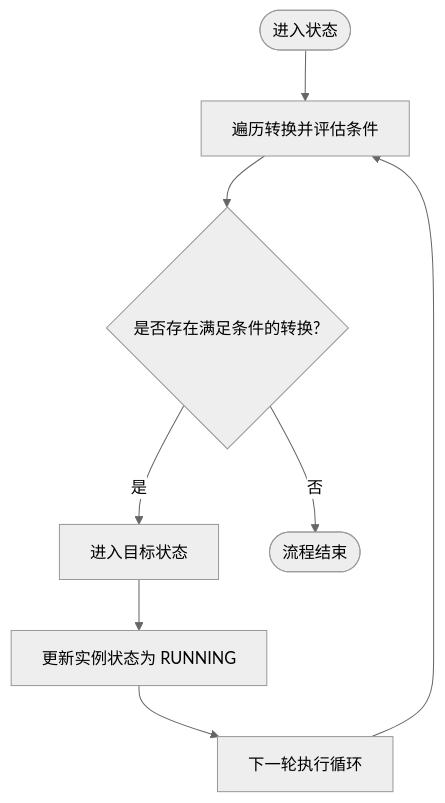
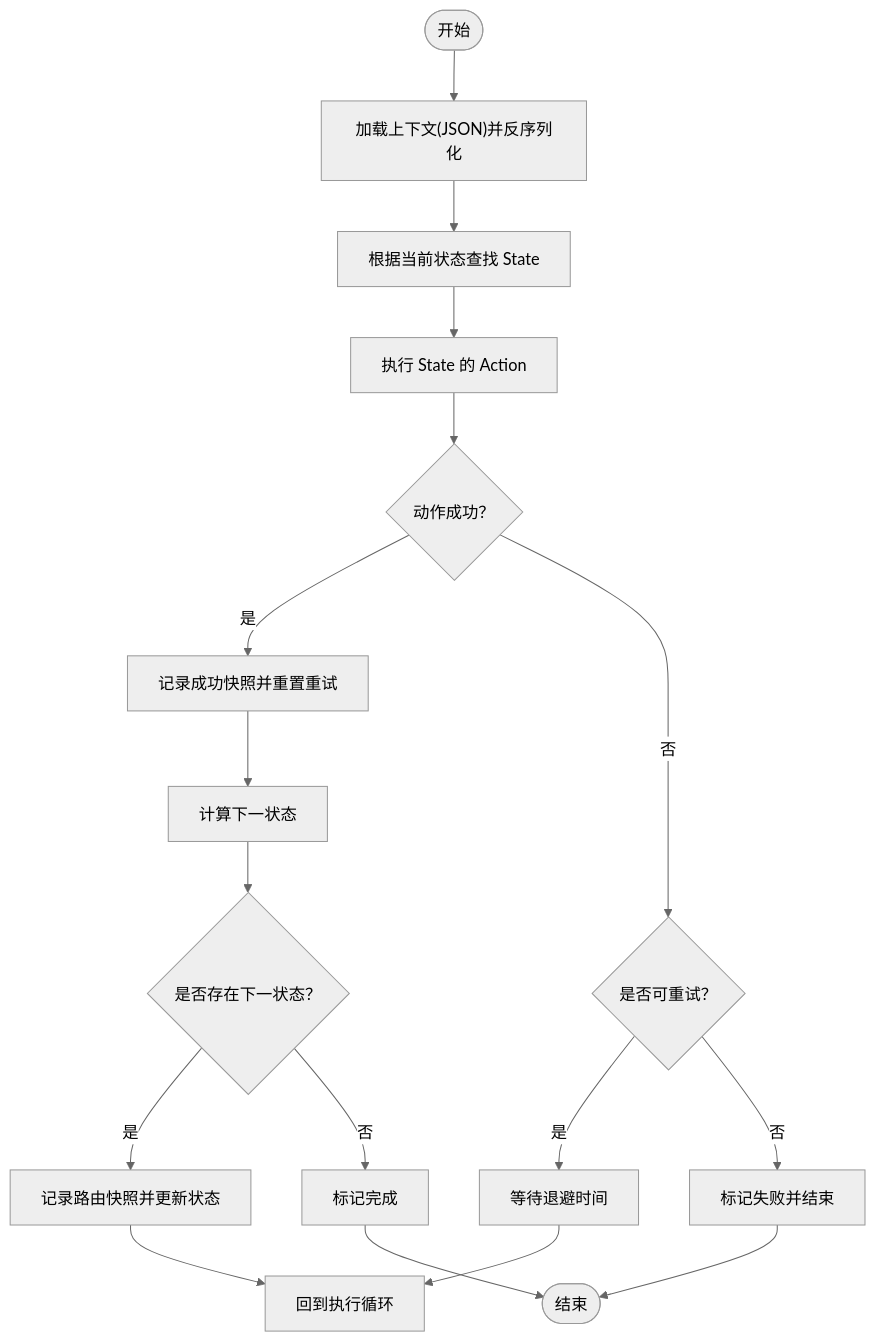
One commit to xiaoche80s-tech/state-machine-parent changed the sixth of 7 diagrams in .qoder/repowiki/zh/content/核心概念/核心概念.md. Above: the diagram before and after it, drawn with Mermaid (neutral theme). The commit also changed other lines of this file and 97 other files, not shown here.

````diff
--- a/.qoder/repowiki/zh/content/核心概念/核心概念.md
+++ b/.qoder/repowiki/zh/content/核心概念/核心概念.md
@@ -246,10 +328,18 @@
 ```mermaid
 flowchart TD
-Start(["进入状态"]) --> CheckCond["遍历转换并评估条件"]
-CheckCond --> HasNext{"是否存在满足条件的转换?"}
-HasNext --> |是| ToNext["进入目标状态"]
-HasNext --> |否| End(["流程结束"])
-ToNext --> Update["更新实例状态为 RUNNING"]
-Update --> NextIter["下一轮执行循环"]
-NextIter --> CheckCond
+Start(["开始"]) --> LoadCtx["加载上下文(JSON)并反序列化"]
+LoadCtx --> FindState["根据当前状态查找 State"]
+FindState --> ExecAction["执行 State 的 Action"]
+ExecAction --> ActionOK{"动作成功？"}
+ActionOK --> |是| RecordOK["记录成功快照并重置重试"]
+ActionOK --> |否| CanRetry{"是否可重试？"}
+CanRetry --> |是| WaitDelay["等待退避时间"] --> LoopBack["回到执行循环"]
+CanRetry --> |否| MarkFail["标记失败并结束"]
+RecordOK --> NextState["计算下一状态"]
+NextState --> HasNext{"是否存在下一状态？"}
+HasNext --> |是| Route["记录路由快照并更新状态"]
+HasNext --> |否| Complete["标记完成"]
+Route --> LoopBack
+Complete --> End(["结束"])
+MarkFail --> End
 ```
````
